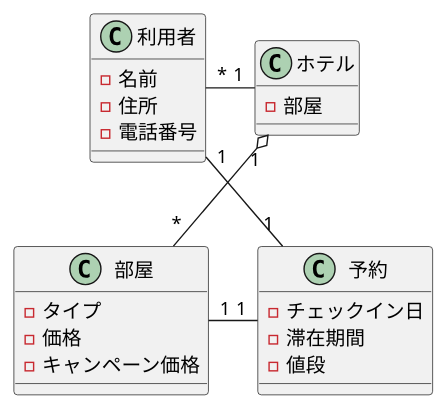
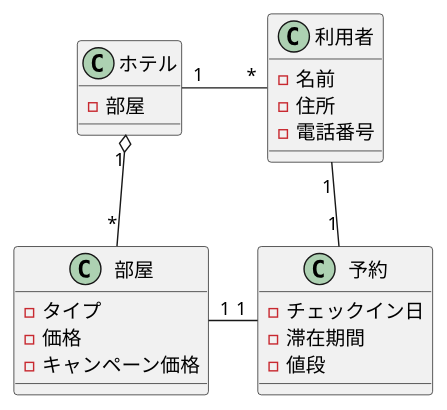
One commit to papipuponpon/uml-introduction changed the diagram in 演習3-3_CL_ホテルと利用者と部屋と予約.pu. Above: the diagram before and after it, drawn with PlantUML. The commit also changed 8 other files, not shown here.

Commit message:
図4-1~6

```diff
--- a/演習3-3_CL_ホテルと利用者と部屋と予約.pu
+++ b/演習3-3_CL_ホテルと利用者と部屋と予約.pu
@@ -1,26 +1,28 @@
 @startuml 演習３－３
 class 利用者{
     -名前
     -住所
     -電話番号
 }
+
 class ホテル{
     -部屋
 }
+
 class 部屋{
     -タイプ
     -価格
     -キャンペーン価格
 }
+
 class 予約{
     -チェックイン日
     -滞在期間
     -値段
 }
-利用者 "*" -ri- "1" ホテル
-部屋 "1"  -ri- "1" 予約
+
+利用者 "*" -left- "1" ホテル
+予約 "1"  -left- "1" 部屋
 ホテル "1" o-- "*" 部屋
 利用者 "1" -- "1" 予約
-
-
 @enduml
```
